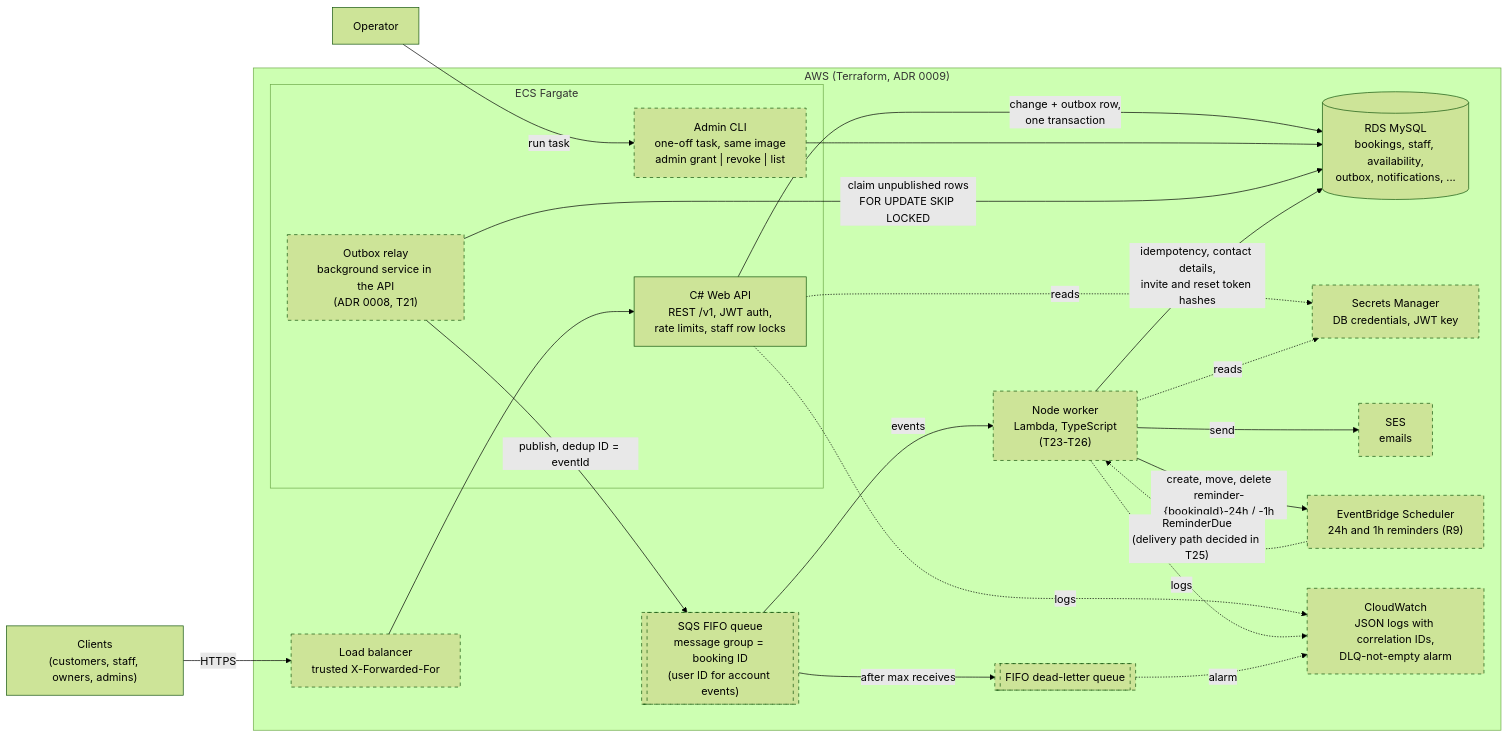
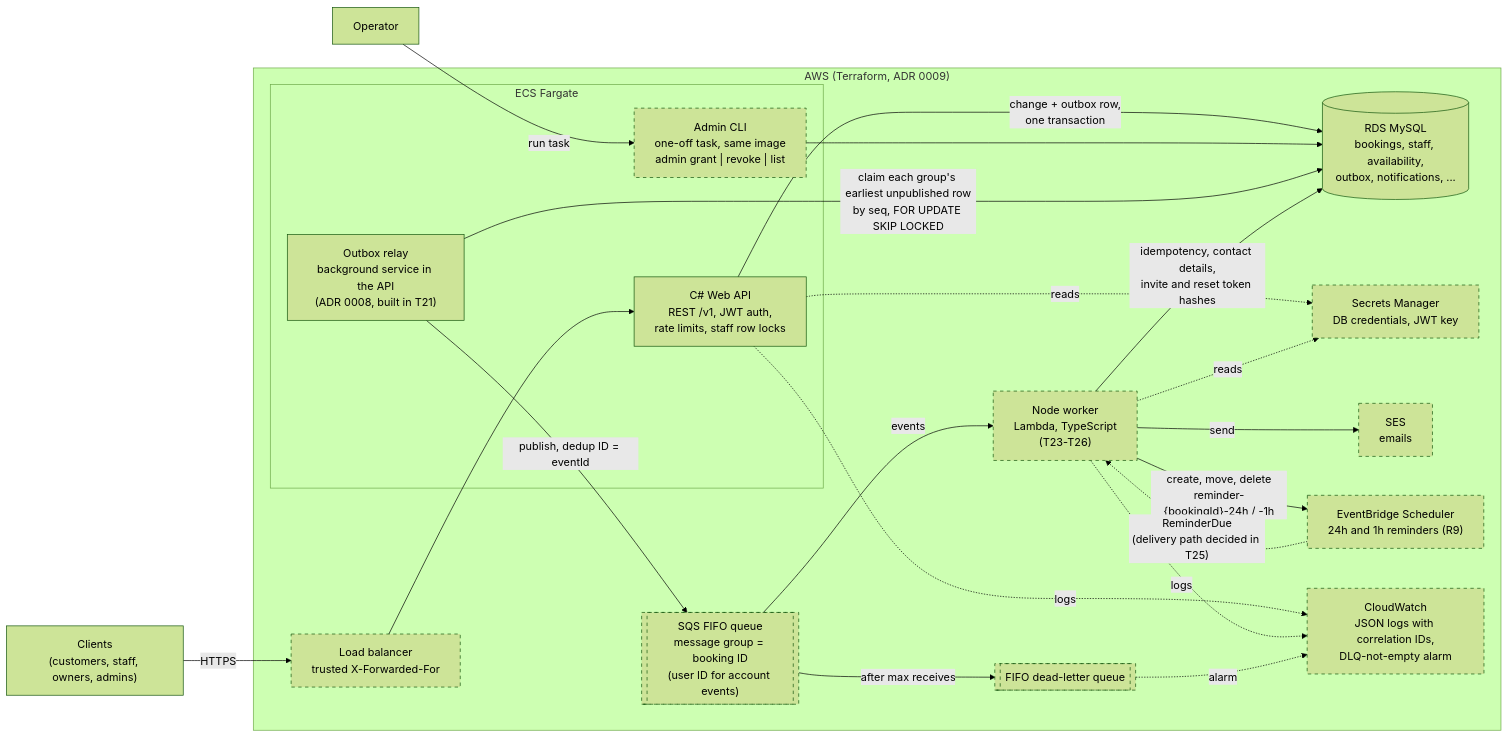
Before and after one commit to duanbailey/booking-platform: the first of 2 diagrams in docs/architecture.md, drawn with Mermaid (forest theme). The commit also changed other lines of this file and 25 other files, not shown here.

First line of the commit message:
T21: outbox relay

````diff
--- a/docs/architecture.md
+++ b/docs/architecture.md
@@ -7,48 +7,48 @@
 ```mermaid
 flowchart LR
     client["Clients<br/>(customers, staff, owners, admins)"]
     operator["Operator"]
 
     subgraph aws["AWS (Terraform, ADR 0009)"]
         alb["Load balancer<br/>trusted X-Forwarded-For"]
 
         subgraph ecs["ECS Fargate"]
             api["C# Web API<br/>REST /v1, JWT auth,<br/>rate limits, staff row locks"]
-            relay["Outbox relay<br/>background service in the API<br/>(ADR 0008, T21)"]
+            relay["Outbox relay<br/>background service in the API<br/>(ADR 0008, built in T21)"]
             cli["Admin CLI<br/>one-off task, same image<br/>admin grant | revoke | list"]
         end
 
         db[("RDS MySQL<br/>bookings, staff, availability,<br/>outbox, notifications, ...")]
         secrets["Secrets Manager<br/>DB credentials, JWT key"]
 
         queue[["SQS FIFO queue<br/>message group = booking ID<br/>(user ID for account events)"]]
         dlq[["FIFO dead-letter queue"]]
 
         worker["Node worker<br/>Lambda, TypeScript<br/>(T23-T26)"]
         ses["SES<br/>emails"]
         scheduler["EventBridge Scheduler<br/>24h and 1h reminders (R9)"]
 
         logs["CloudWatch<br/>JSON logs with correlation IDs,<br/>DLQ-not-empty alarm"]
     end
 
     client -- "HTTPS" --> alb --> api
     operator -- "run task" --> cli
     api -- "change + outbox row,<br/>one transaction" --> db
     cli --> db
-    relay -- "claim unpublished rows<br/>FOR UPDATE SKIP LOCKED" --> db
+    relay -- "claim each group's earliest unpublished row<br/>by seq, FOR UPDATE SKIP LOCKED" --> db
     relay -- "publish, dedup ID = eventId" --> queue
     queue -- "after max receives" --> dlq
     queue -- "events" --> worker
     worker -- "idempotency, contact details,<br/>invite and reset token hashes" --> db
     worker -- "send" --> ses
     worker -- "create, move, delete<br/>reminder-{bookingId}-24h / -1h" --> scheduler
     scheduler -. "ReminderDue<br/>(delivery path decided in T25)" .-> worker
     api -. "reads" .-> secrets
     worker -. "reads" .-> secrets
     api -. "logs" .-> logs
     worker -. "logs" .-> logs
     dlq -. "alarm" .-> logs
 
     classDef planned stroke-dasharray: 5 5
-    class relay,queue,dlq,worker,ses,scheduler,alb,secrets,logs,cli planned
+    class queue,dlq,worker,ses,scheduler,alb,secrets,logs,cli planned
 ```
````
